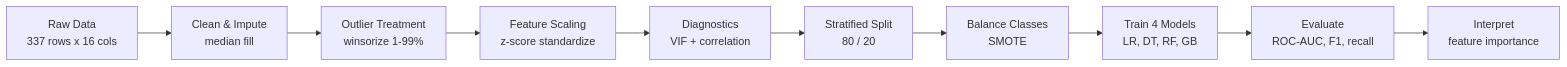
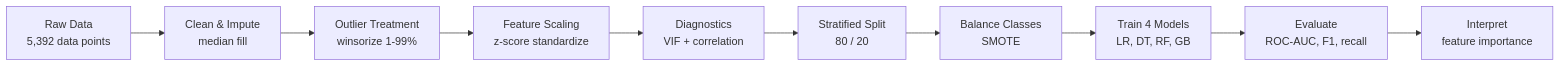
One commit to abdullah247377/Predictive_Analytics-Machine_learning changed the diagram in README.md. Above: the diagram before and after it, drawn with Mermaid. The commit also changed other lines of this file, not shown here.

````diff
--- a/README.md
+++ b/README.md
@@ -33,12 +33,12 @@
 ```mermaid
 flowchart LR
-    A["Raw Data<br/>337 rows x 16 cols"] --> B["Clean & Impute<br/>median fill"]
+    A["Raw Data<br/>5,392 data points"] --> B["Clean & Impute<br/>median fill"]
     B --> C["Outlier Treatment<br/>winsorize 1-99%"]
     C --> D["Feature Scaling<br/>z-score standardize"]
     D --> E["Diagnostics<br/>VIF + correlation"]
     E --> F["Stratified Split<br/>80 / 20"]
     F --> G["Balance Classes<br/>SMOTE"]
     G --> H["Train 4 Models<br/>LR, DT, RF, GB"]
     H --> I["Evaluate<br/>ROC-AUC, F1, recall"]
     I --> J["Interpret<br/>feature importance"]
 ```
````
